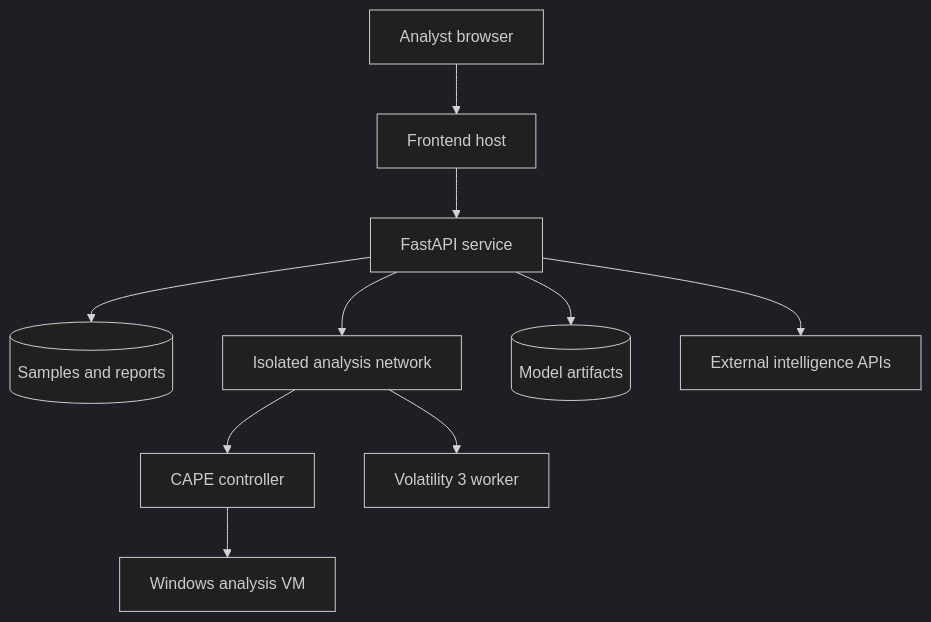
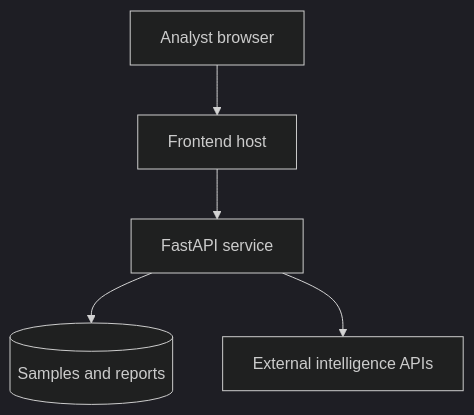
One commit to Anshpatel2006/SentinelSuit changed the fourth of 5 diagrams in Ransomware/docs/DIAGRAMS.md. Above: the diagram before and after it, drawn with Mermaid (dark theme). The commit also changed other lines of this file and 756 other files, not shown here.

````diff
--- a/Ransomware/docs/DIAGRAMS.md
+++ b/Ransomware/docs/DIAGRAMS.md
@@ -85,12 +70,7 @@
 ```mermaid
 flowchart TB
     browser[Analyst browser] --> frontend[Frontend host]
     frontend --> api[FastAPI service]
     api --> storage[(Samples and reports)]
-    api --> lab[Isolated analysis network]
-    lab --> cape[CAPE controller]
-    cape --> vm[Windows analysis VM]
-    lab --> vol[Volatility 3 worker]
-    api --> model[(Model artifacts)]
     api --> providers[External intelligence APIs]
 ```
````
